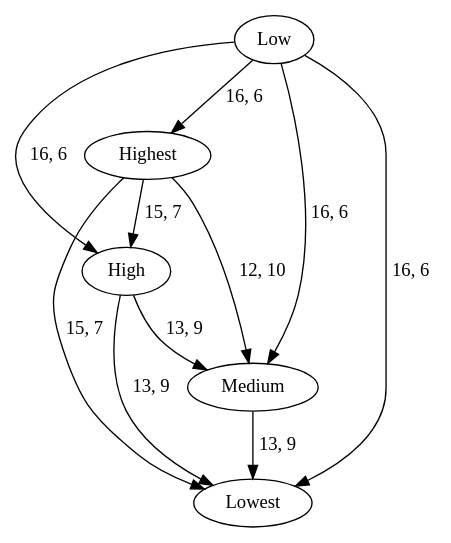
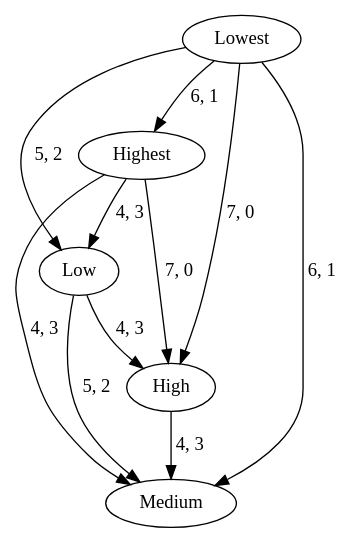
The diagram in Program3/graphImages/rand.gv (efair4/CS5110), drawn with Graphviz before and after one commit. The commit also changed 10 other files, not shown here.

```diff
--- a/Program3/graphImages/rand.gv
+++ b/Program3/graphImages/rand.gv
@@ -1,17 +1,17 @@
 digraph {
 	Highest
 	High
 	Medium
 	Low
 	Lowest
-	Highest -> High [label="15, 7" weight=15]
-	Highest -> Medium [label="12, 10" weight=12]
-	Low -> Highest [label="16, 6" weight=16]
-	Highest -> Lowest [label="15, 7" weight=15]
-	High -> Medium [label="13, 9" weight=13]
-	Low -> High [label="16, 6" weight=16]
-	High -> Lowest [label="13, 9" weight=13]
-	Low -> Medium [label="16, 6" weight=16]
-	Medium -> Lowest [label="13, 9" weight=13]
-	Low -> Lowest [label="16, 6" weight=16]
+	Highest -> High [label="7, 0" weight=7]
+	Highest -> Medium [label="4, 3" weight=4]
+	Highest -> Low [label="4, 3" weight=4]
+	Lowest -> Highest [label="6, 1" weight=6]
+	High -> Medium [label="4, 3" weight=4]
+	Low -> High [label="4, 3" weight=4]
+	Lowest -> High [label="7, 0" weight=7]
+	Low -> Medium [label="5, 2" weight=5]
+	Lowest -> Medium [label="6, 1" weight=6]
+	Lowest -> Low [label="5, 2" weight=5]
 }
```
